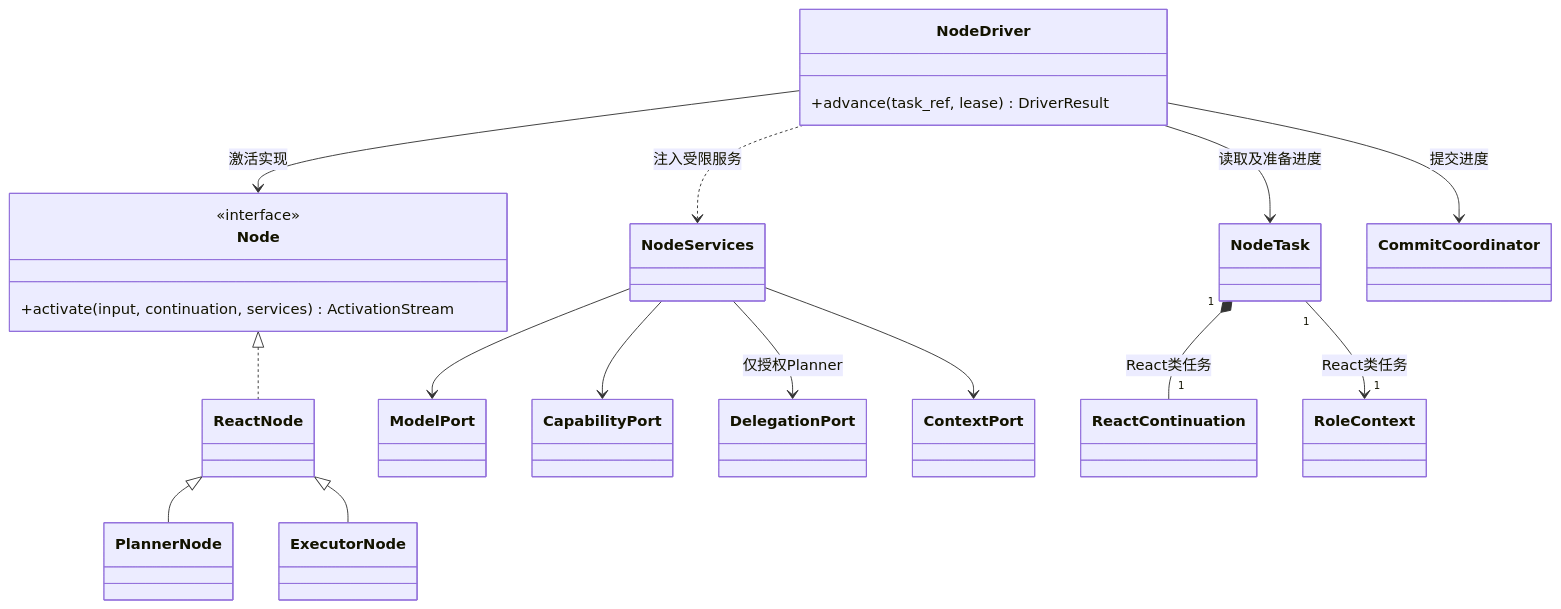
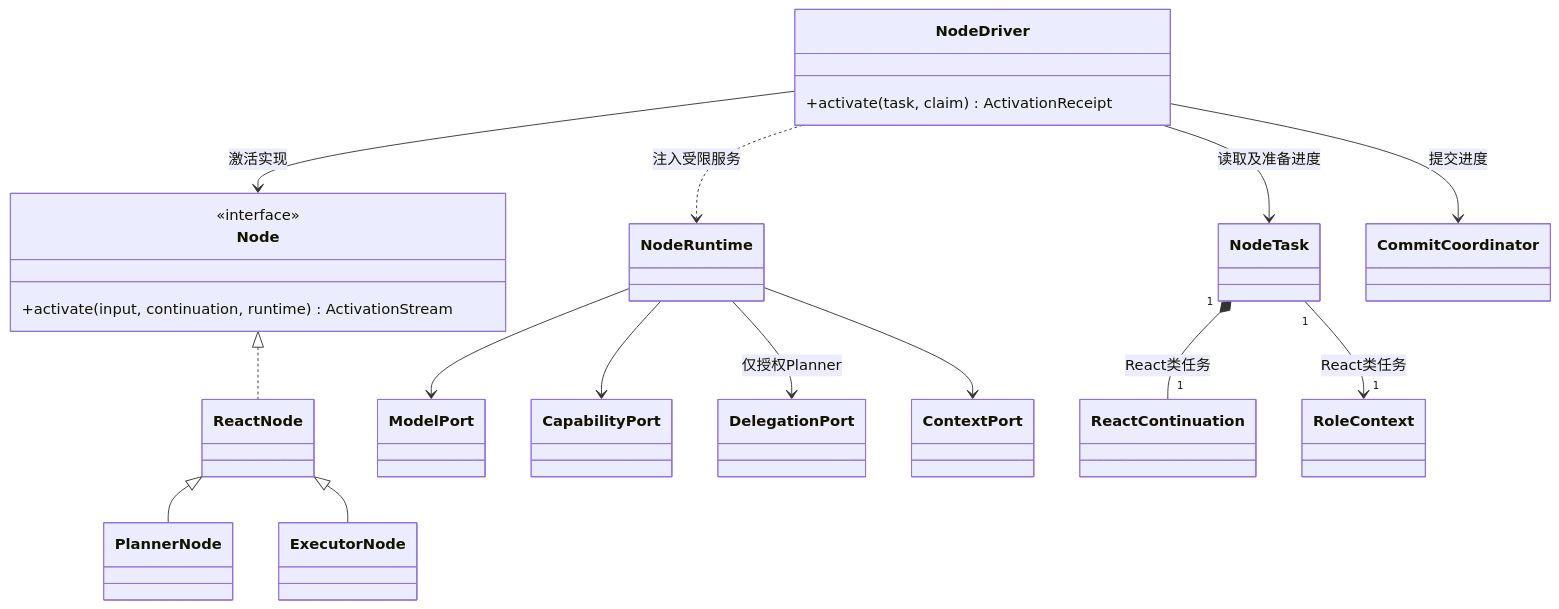
One commit to dujian0068/agent-loom changed the second of 9 diagrams in docs/sdk/object-collaboration.md. Above: the diagram before and after it, drawn with Mermaid. The commit also changed other lines of this file and 22 other files, not shown here.

````diff
--- a/docs/sdk/object-collaboration.md
+++ b/docs/sdk/object-collaboration.md
@@ -69,34 +75,34 @@
 ```mermaid
 classDiagram
     class Node {
       <<interface>>
-      +activate(input, continuation, services) ActivationStream
+      +activate(input, continuation, runtime) ActivationStream
     }
     class ReactNode
     class PlannerNode
     class ExecutorNode
     class NodeDriver {
-      +advance(task_ref, lease) DriverResult
+      +activate(task, claim) ActivationReceipt
     }
-    class NodeServices
+    class NodeRuntime
     class ModelPort
     class CapabilityPort
     class DelegationPort
     class ContextPort
     class NodeTask
     class ReactContinuation
     class RoleContext
     Node <|.. ReactNode
     ReactNode <|-- PlannerNode
     ReactNode <|-- ExecutorNode
     NodeDriver --> Node : 激活实现
     NodeDriver --> NodeTask : 读取及准备进度
     NodeDriver --> CommitCoordinator : 提交进度
-    NodeDriver ..> NodeServices : 注入受限服务
-    NodeServices --> ModelPort
-    NodeServices --> CapabilityPort
-    NodeServices --> ContextPort
-    NodeServices --> DelegationPort : 仅授权Planner
+    NodeDriver ..> NodeRuntime : 注入受限服务
+    NodeRuntime --> ModelPort
+    NodeRuntime --> CapabilityPort
+    NodeRuntime --> ContextPort
+    NodeRuntime --> DelegationPort : 仅授权Planner
     NodeTask "1" *-- "1" ReactContinuation : React类任务
     NodeTask "1" --> "1" RoleContext : React类任务
 ```
````
